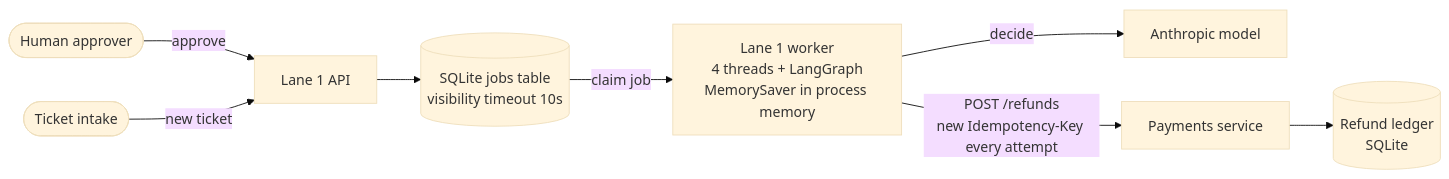
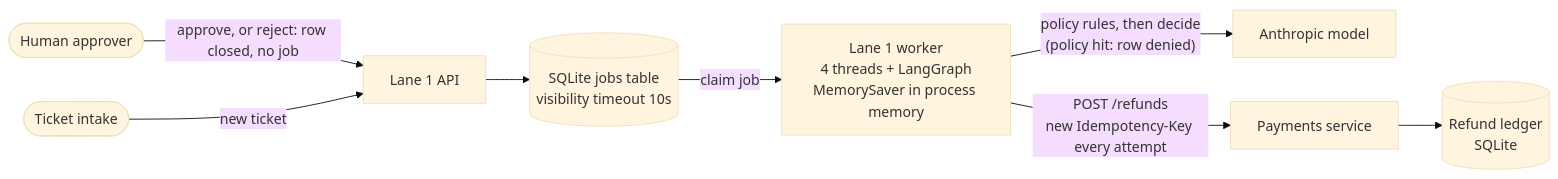
One commit to agileresearchservices/paid-once changed the first of 5 diagrams in docs/architecture.md. Above: the diagram before and after it, drawn with Mermaid (base theme). The commit also changed other lines of this file and 24 other files, not shown here.

First line of the commit message:
The front of the flow: helpdesk, agent policy check, human approve or deny (#15)

````diff
--- a/docs/architecture.md
+++ b/docs/architecture.md
@@ -15,10 +17,10 @@
 ```mermaid
 flowchart LR
-    Approver([Human approver]) -->|approve| API[Lane 1 API]
+    Approver([Human approver]) -->|"approve, or reject: row closed, no job"| API[Lane 1 API]
     Helpdesk([Ticket intake]) -->|new ticket| API
     API --> Jobs[(SQLite jobs table<br/>visibility timeout 10s)]
     Jobs -->|claim job| Worker["Lane 1 worker<br/>4 threads + LangGraph<br/>MemorySaver in process memory"]
-    Worker -->|decide| Model[Anthropic model]
+    Worker -->|"policy rules, then decide<br/>(policy hit: row denied)"| Model[Anthropic model]
     Worker -->|"POST /refunds<br/>new Idempotency-Key every attempt"| Payments[Payments service]
     Payments --> Ledger[(Refund ledger<br/>SQLite)]
 ```
````
